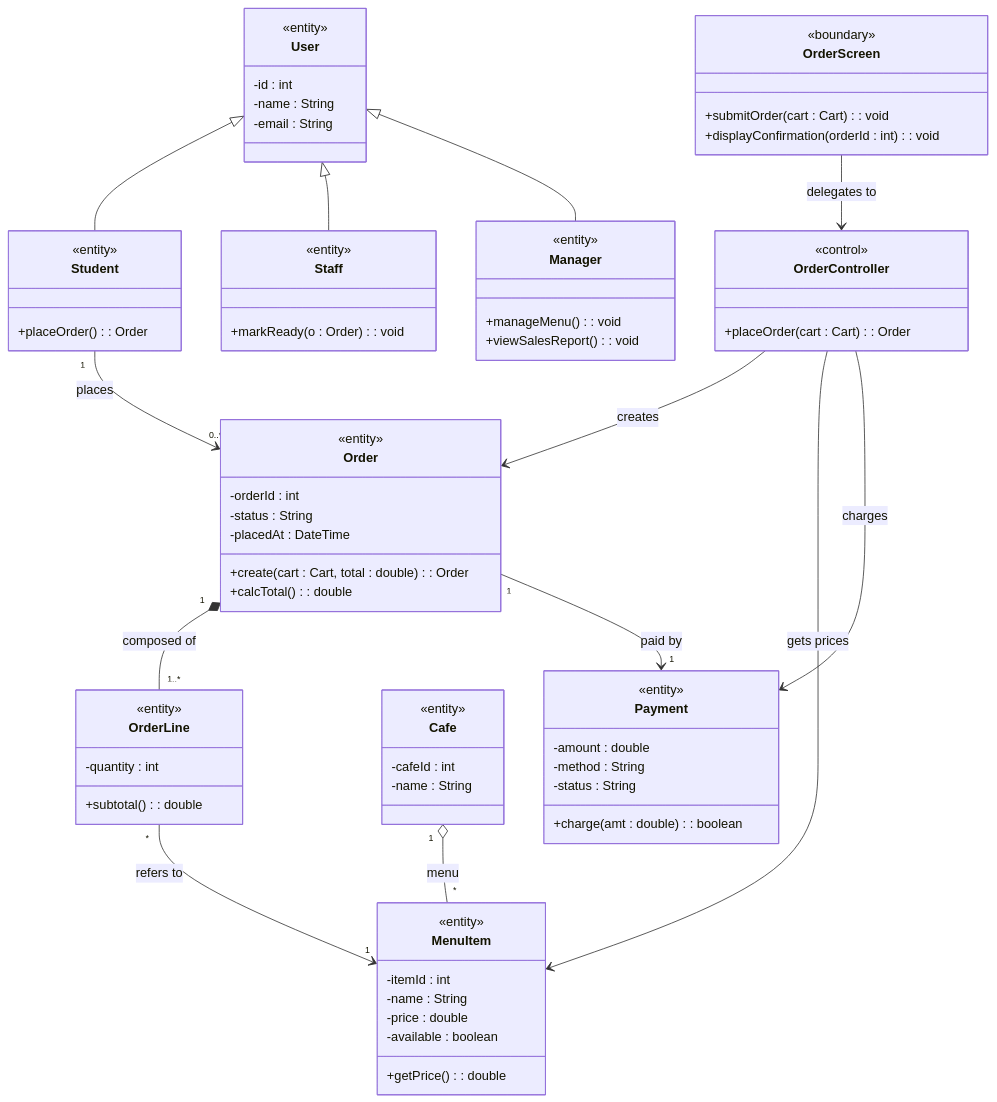
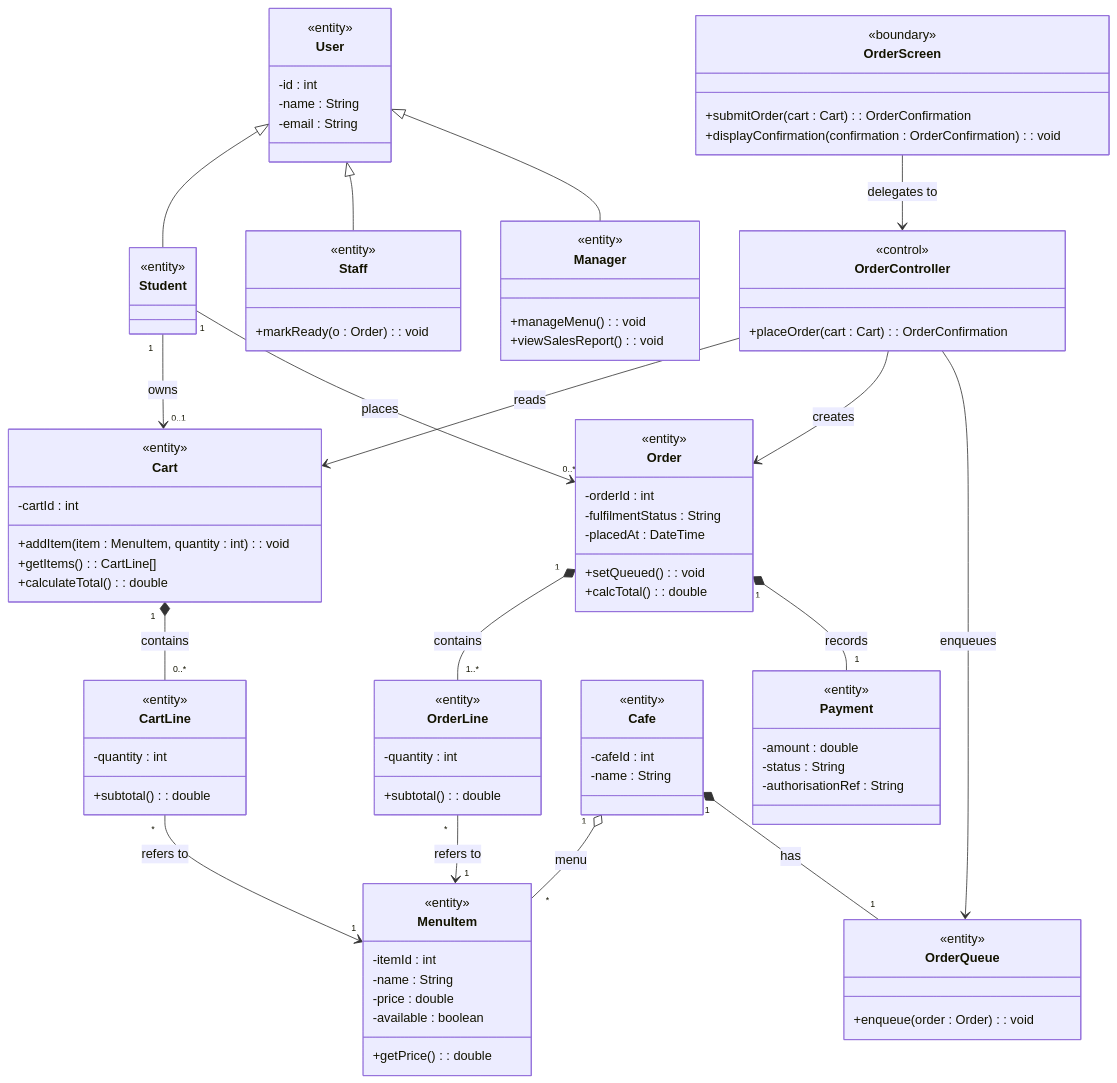
The second of 3 diagrams in EXAM-PRACTICE-PART-B.md (Beh69/Software-dev-lectures), drawn with Mermaid before and after one commit. The commit also changed other lines of this file and 1 other file, not shown here.

Commit message:
Correct worked UML diagrams and scenario models

````diff
--- a/EXAM-PRACTICE-PART-B.md
+++ b/EXAM-PRACTICE-PART-B.md
@@ -118,7 +124,6 @@
     }
     class Student {
         <<entity>>
-        +placeOrder(): Order
     }
     class Staff {
         <<entity>>
@@ -131,19 +136,31 @@
     }
     class OrderScreen {
         <<boundary>>
-        +submitOrder(cart : Cart): void
-        +displayConfirmation(orderId : int): void
+        +submitOrder(cart : Cart): OrderConfirmation
+        +displayConfirmation(confirmation : OrderConfirmation): void
     }
     class OrderController {
         <<control>>
-        +placeOrder(cart : Cart): Order
+        +placeOrder(cart : Cart): OrderConfirmation
+    }
+    class Cart {
+        <<entity>>
+        -cartId : int
+        +addItem(item : MenuItem, quantity : int): void
+        +getItems(): CartLine[]
+        +calculateTotal(): double
+    }
+    class CartLine {
+        <<entity>>
+        -quantity : int
+        +subtotal(): double
     }
     class Order {
         <<entity>>
         -orderId : int
-        -status : String
+        -fulfilmentStatus : String
         -placedAt : DateTime
-        +create(cart : Cart, total : double): Order
+        +setQueued(): void
         +calcTotal(): double
     }
     class OrderLine {
@@ -164,24 +181,31 @@
         -cafeId : int
         -name : String
     }
+    class OrderQueue {
+        <<entity>>
+        +enqueue(order : Order): void
+    }
     class Payment {
         <<entity>>
         -amount : double
-        -method : String
         -status : String
-        +charge(amt : double): boolean
+        -authorisationRef : String
     }
 
     User <|-- Student
     User <|-- Staff
     User <|-- Manager
+    Student "1" --> "0..1" Cart : owns
     Student "1" --> "0..*" Order : places
+    Cart "1" *-- "0..*" CartLine : contains
+    CartLine "*" --> "1" MenuItem : refers to
     OrderScreen --> OrderController : delegates to
+    OrderController --> Cart : reads
     OrderController --> Order : creates
-    OrderController --> MenuItem : gets prices
-    OrderController --> Payment : charges
-    Order "1" *-- "1..*" OrderLine : composed of
+    OrderController --> OrderQueue : enqueues
+    Order "1" *-- "1..*" OrderLine : contains
     OrderLine "*" --> "1" MenuItem : refers to
+    Order "1" *-- "1" Payment : records
     Cafe "1" o-- "*" MenuItem : menu
-    Order "1" --> "1" Payment : paid by
+    Cafe "1" *-- "1" OrderQueue : has
 ```
````
